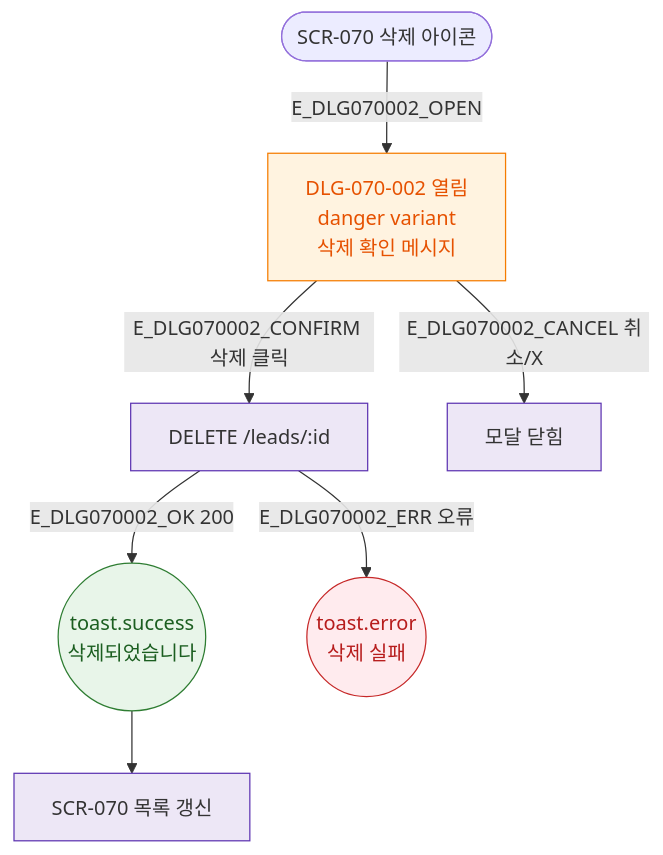
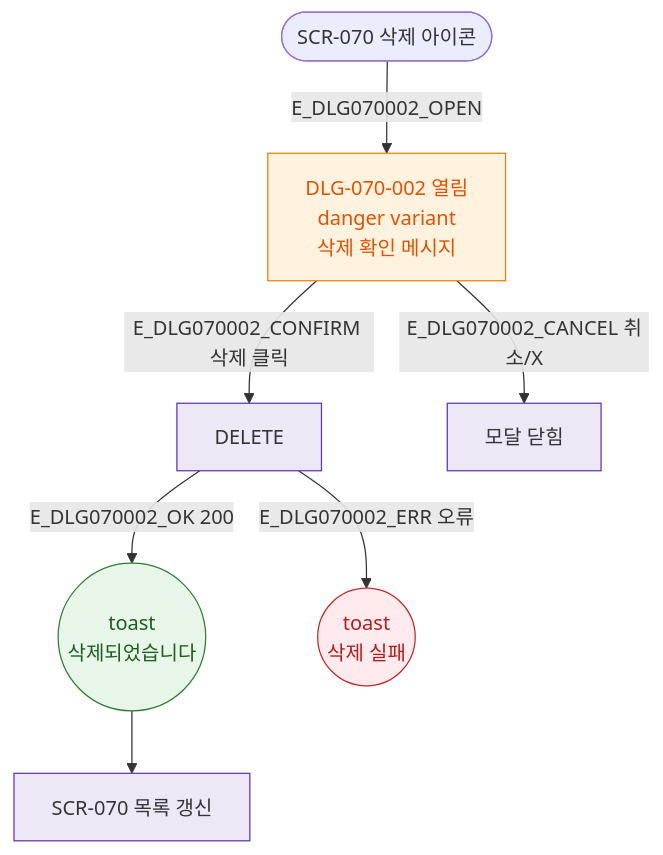
One commit to dev-spogym/admin-pando changed the diagram in docs/다이어그램/D08_마케팅/DLG/DLG-070-002_리드삭제확인/M1_생명주기.md. Above: the diagram before and after it, drawn with Mermaid. The commit also changed other lines of this file and 1660 other files, not shown here.

First line of the commit message:
다이어그램: 기획자/클라이언트 납품본으로 정리

````diff
--- a/docs/다이어그램/D08_마케팅/DLG/DLG-070-002_리드삭제확인/M1_생명주기.md
+++ b/docs/다이어그램/D08_마케팅/DLG/DLG-070-002_리드삭제확인/M1_생명주기.md
@@ -14,19 +12,19 @@
 ```mermaid
 flowchart TD
-  TRIGGER([SCR-070 삭제 아이콘]) -->|E_DLG070002_OPEN| MODAL[DLG-070-002 열림\ndanger variant\n삭제 확인 메시지]
-  MODAL -->|E_DLG070002_CONFIRM 삭제 클릭| API[DELETE /leads/:id]
-  MODAL -->|E_DLG070002_CANCEL 취소/X| CLOSE[모달 닫힘]
-  API -->|E_DLG070002_OK 200| T_OK((toast.success\n삭제되었습니다))
-  API -->|E_DLG070002_ERR 오류| T_ERR((toast.error\n삭제 실패))
+  TRIGGER([SCR-070 삭제 아이콘]) -->|E_DLG070002_OPEN|MODAL[DLG-070-002 열림\ndanger variant\n삭제 확인 메시지]
+  MODAL -->|E_DLG070002_CONFIRM 삭제 클릭|API[DELETE]
+  MODAL -->|E_DLG070002_CANCEL 취소/X|CLOSE[모달 닫힘]
+  API -->|E_DLG070002_OK 200|T_OK((toast\n삭제되었습니다))
+  API -->|E_DLG070002_ERR 오류|T_ERR((toast\n삭제 실패))
   T_OK --> REFRESH[SCR-070 목록 갱신]
 
-  classDef modal       fill:#FFF3E0,stroke:#F57C00,color:#E65100
-  classDef error       fill:#FFEBEE,stroke:#C62828,color:#B71C1C
-  classDef success     fill:#E8F5E9,stroke:#2E7D32,color:#1B5E20
-  classDef system      fill:#EDE7F6,stroke:#5E35B2
+  classDef modal fill:#FFF3E0,stroke:#F57C00,color:#E65100
+  classDef error fill:#FFEBEE,stroke:#C62828,color:#B71C1C
+  classDef success fill:#E8F5E9,stroke:#2E7D32,color:#1B5E20
+  classDef system fill:#EDE7F6,stroke:#5E35B2
 
   class MODAL modal
   class T_OK success
   class T_ERR error
   class API,CLOSE,REFRESH system
 ```
````
